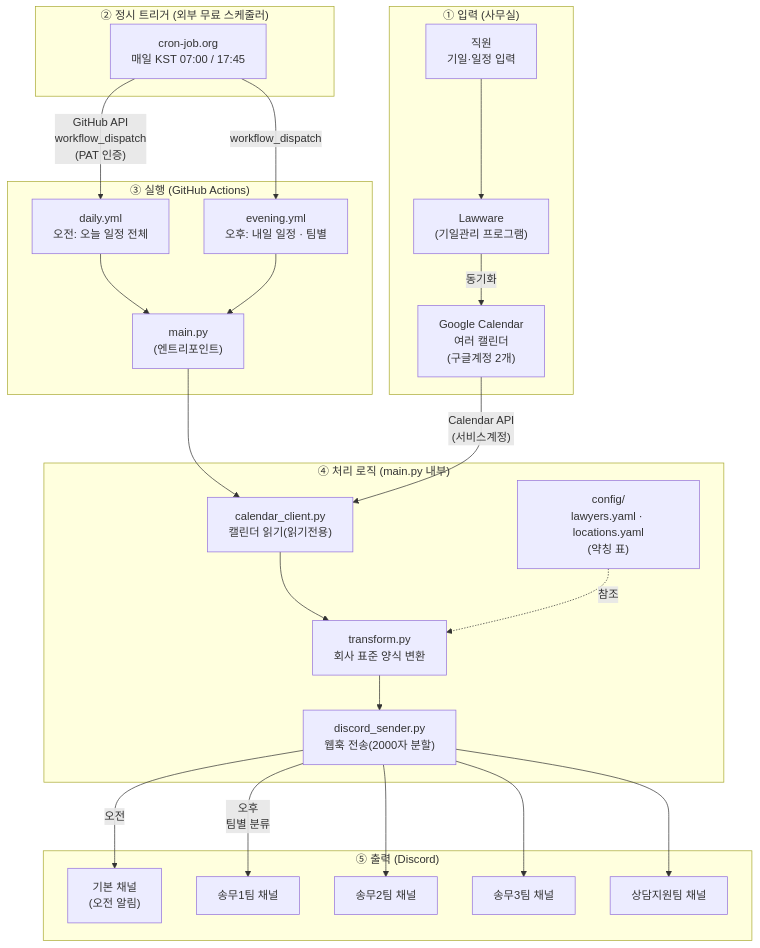
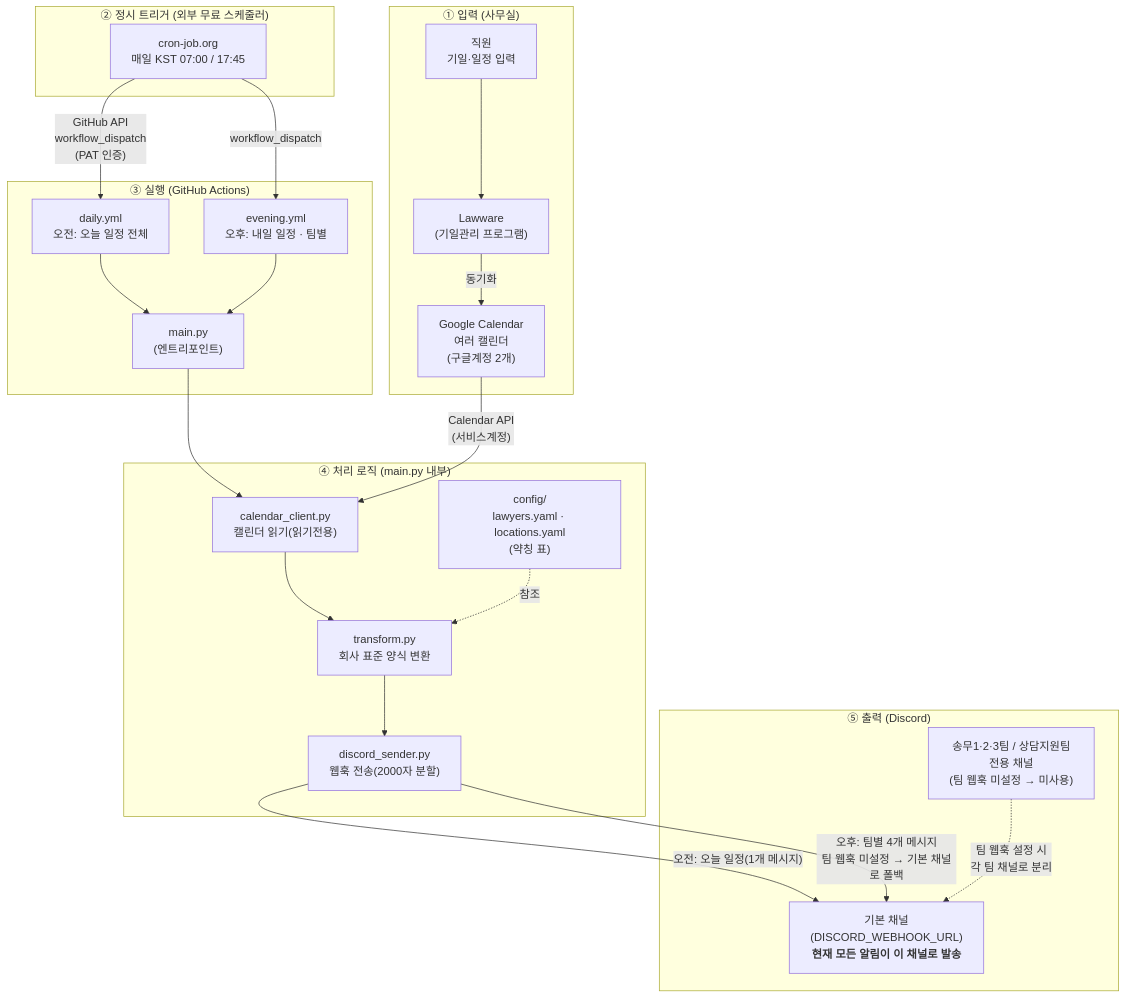
Before and after one commit to nova-law-legal/legal: the diagram in docs/전체-구성도.md, drawn with Mermaid. The commit also changed other lines of this file, not shown here.

Commit message:
구성도 수정: 현재 모든 알림이 기본 채널로 발송됨을 반영
팀 전용 웹훅 미설정으로 오후 팀별 메시지도 폴백되어 기본 채널로 감.
다이어그램 ⑤출력과 설명 표 2곳을 실제 동작에 맞게 수정.

````diff
--- a/docs/전체-구성도.md
+++ b/docs/전체-구성도.md
@@ -8,47 +8,42 @@
 ```mermaid
 flowchart TD
     subgraph INPUT["① 입력 (사무실)"]
         STAFF["직원<br/>기일·일정 입력"] --> LAWWARE["Lawware<br/>(기일관리 프로그램)"]
         LAWWARE -->|동기화| GCAL["Google Calendar<br/>여러 캘린더<br/>(구글계정 2개)"]
     end
 
     subgraph TRIGGER["② 정시 트리거 (외부 무료 스케줄러)"]
         CRON["cron-job.org<br/>매일 KST 07:00 / 17:45"]
     end
 
     subgraph GH["③ 실행 (GitHub Actions)"]
         DAILY["daily.yml<br/>오전: 오늘 일정 전체"]
         EVENING["evening.yml<br/>오후: 내일 일정 · 팀별"]
         MAIN["main.py<br/>(엔트리포인트)"]
         DAILY --> MAIN
         EVENING --> MAIN
     end
 
     subgraph BOT["④ 처리 로직 (main.py 내부)"]
         READ["calendar_client.py<br/>캘린더 읽기(읽기전용)"]
         TRANS["transform.py<br/>회사 표준 양식 변환"]
         SEND["discord_sender.py<br/>웹훅 전송(2000자 분할)"]
         CFG["config/<br/>lawyers.yaml · locations.yaml<br/>(약칭 표)"]
         READ --> TRANS
         CFG -.참조.-> TRANS
         TRANS --> SEND
     end
 
     subgraph OUT["⑤ 출력 (Discord)"]
-        CH_MAIN["기본 채널<br/>(오전 알림)"]
-        CH_S1["송무1팀 채널"]
-        CH_S2["송무2팀 채널"]
-        CH_S3["송무3팀 채널"]
-        CH_SD["상담지원팀 채널"]
+        CH_MAIN["기본 채널<br/>(DISCORD_WEBHOOK_URL)<br/><b>현재 모든 알림이 이 채널로 발송</b>"]
+        TEAMCH["송무1·2·3팀 / 상담지원팀<br/>전용 채널<br/>(팀 웹훅 미설정 → 미사용)"]
     end
 
     CRON -->|"GitHub API<br/>workflow_dispatch<br/>(PAT 인증)"| DAILY
     CRON -->|"workflow_dispatch"| EVENING
     MAIN --> READ
     GCAL -->|"Calendar API<br/>(서비스계정)"| READ
-    SEND -->|오전| CH_MAIN
-    SEND -->|"오후<br/>팀별 분류"| CH_S1
-    SEND --> CH_S2
-    SEND --> CH_S3
-    SEND --> CH_SD
+    SEND -->|"오전: 오늘 일정(1개 메시지)"| CH_MAIN
+    SEND -->|"오후: 팀별 4개 메시지<br/>팀 웹훅 미설정 → 기본 채널로 폴백"| CH_MAIN
+    TEAMCH -.->|"팀 웹훅 설정 시<br/>각 팀 채널로 분리"| CH_MAIN
 ```
````
